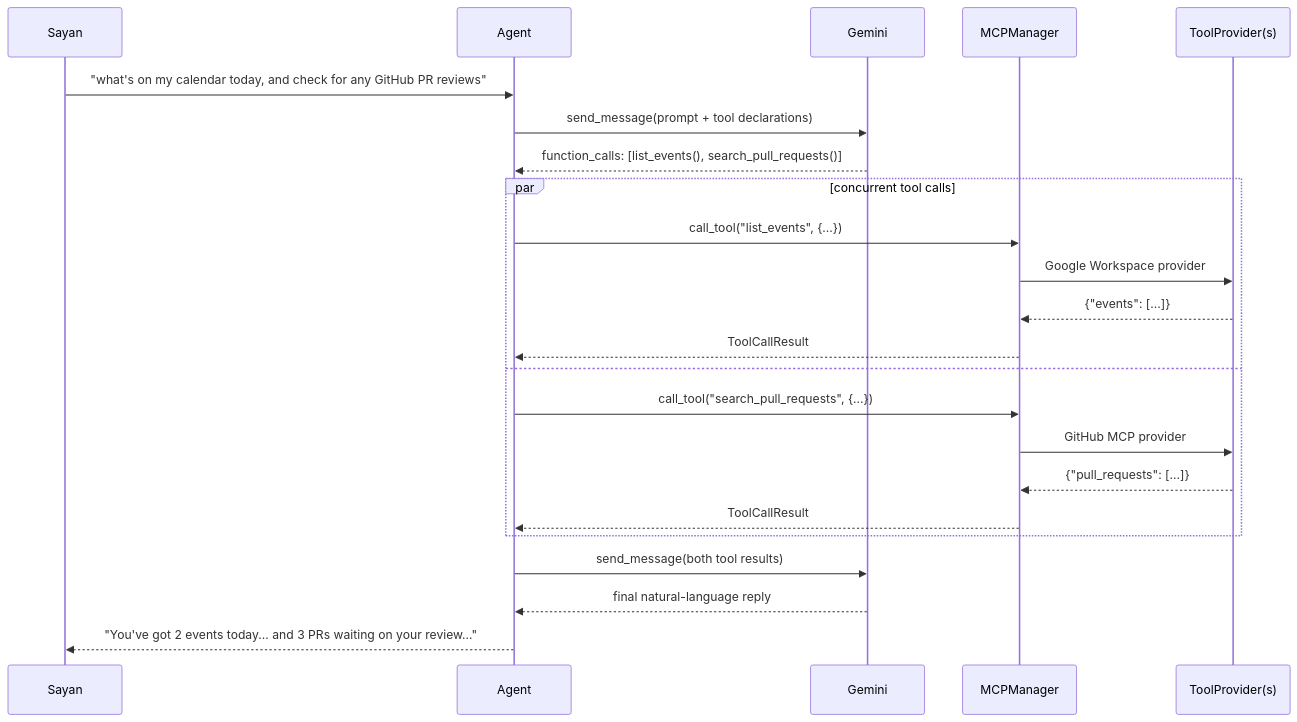
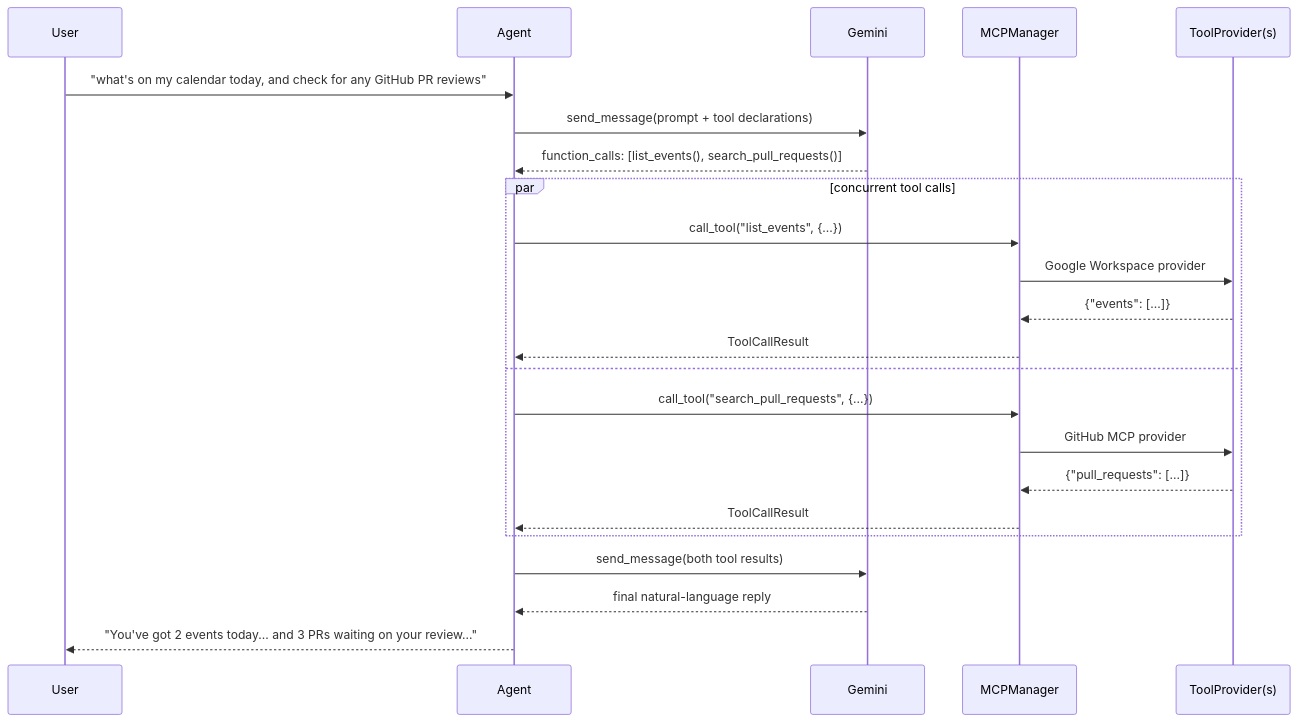
One commit to sayandeep-coder/mads changed the second of 8 diagrams in README.md. Above: the diagram before and after it, drawn with Mermaid. The commit also changed other lines of this file and 59 other files, not shown here.

````diff
--- a/README.md
+++ b/README.md
@@ -99,26 +127,26 @@
 ```mermaid
 sequenceDiagram
-    participant U as Sayan
+    participant U as User
     participant A as Agent
     participant G as Gemini
     participant M as MCPManager
     participant T as ToolProvider(s)
 
     U->>A: "what's on my calendar today, and check for any GitHub PR reviews"
     A->>G: send_message(prompt + tool declarations)
     G-->>A: function_calls: [list_events(), search_pull_requests()]
     par concurrent tool calls
         A->>M: call_tool("list_events", {...})
         M->>T: Google Workspace provider
         T-->>M: {"events": [...]}
         M-->>A: ToolCallResult
     and
         A->>M: call_tool("search_pull_requests", {...})
         M->>T: GitHub MCP provider
         T-->>M: {"pull_requests": [...]}
         M-->>A: ToolCallResult
     end
     A->>G: send_message(both tool results)
     G-->>A: final natural-language reply
     A-->>U: "You've got 2 events today... and 3 PRs waiting on your review..."
 ```
````
